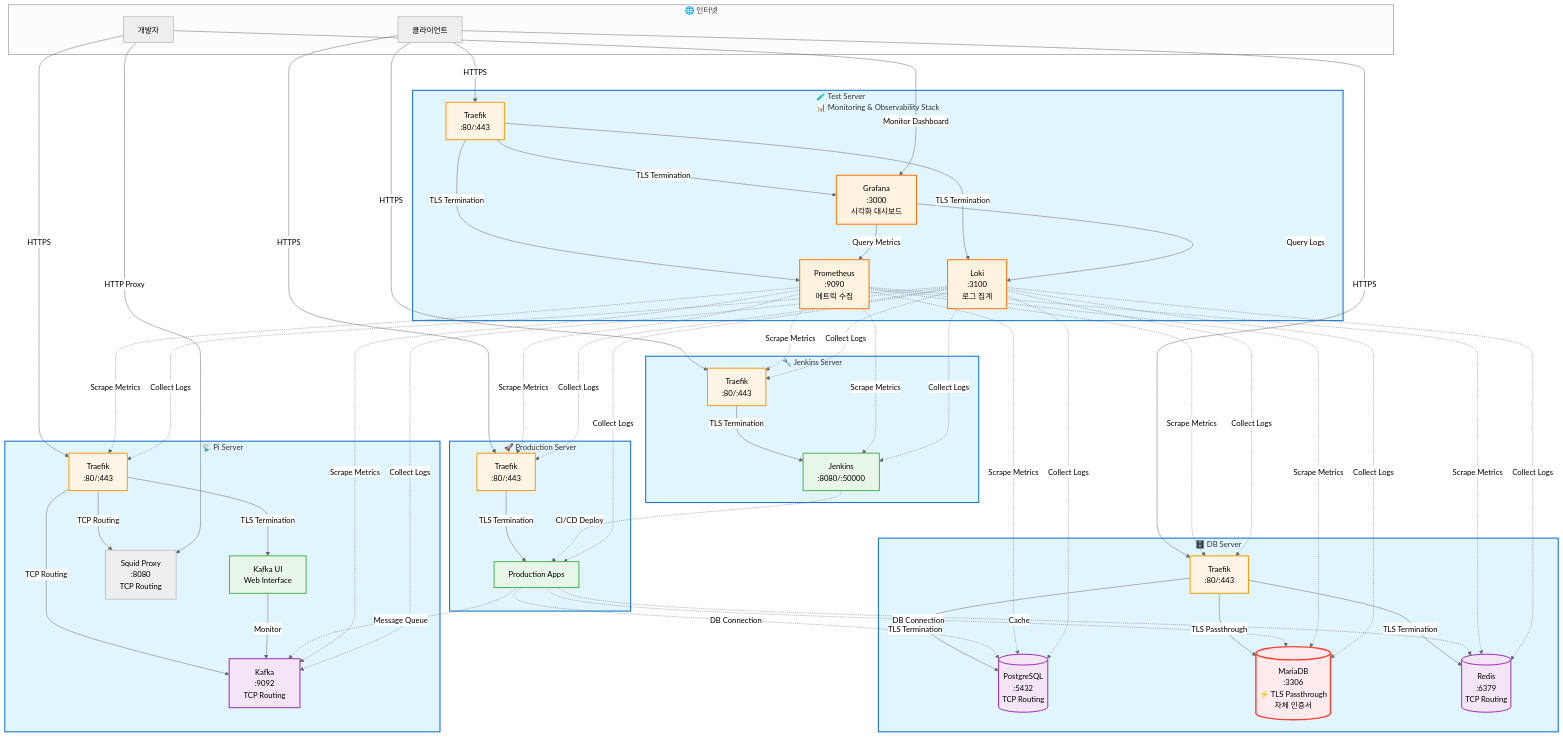
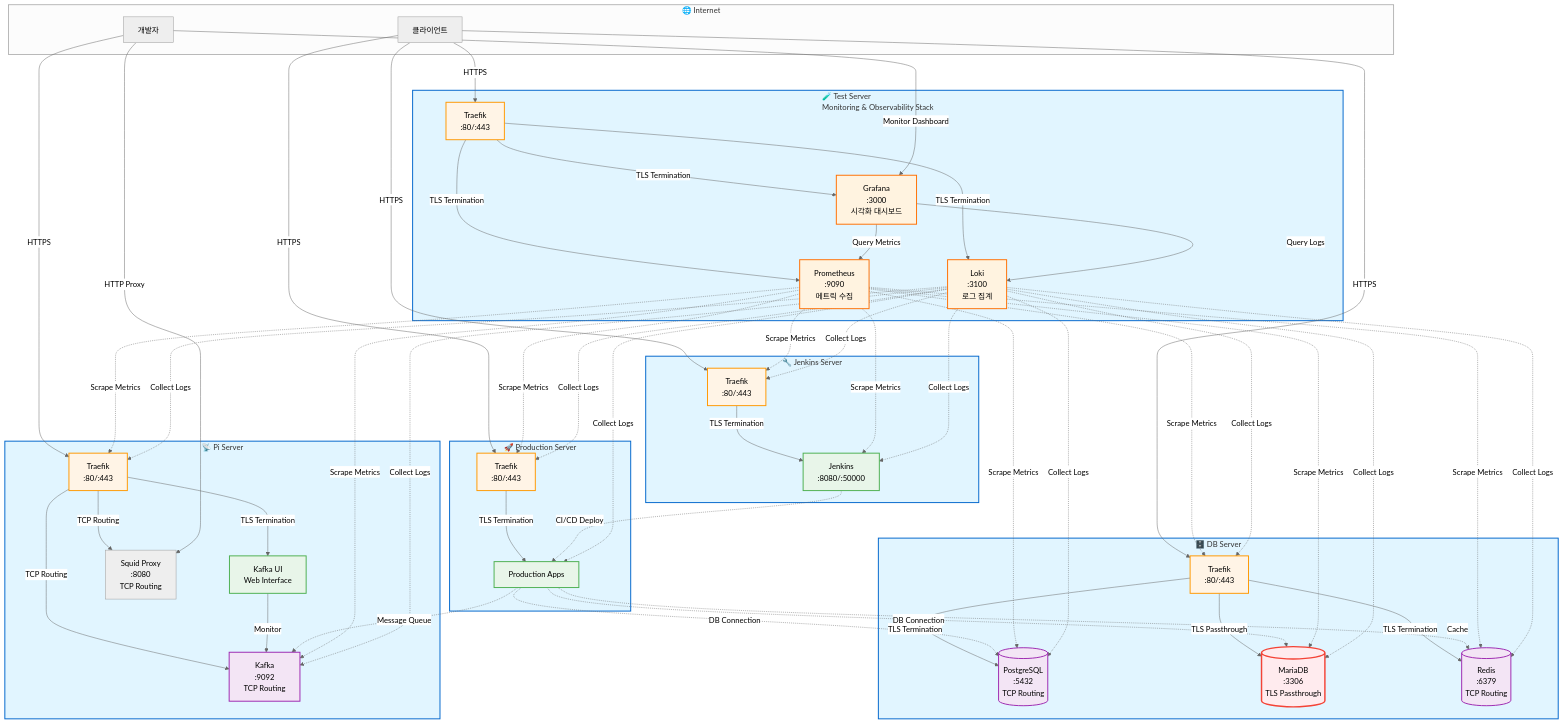
Before and after one commit to psyho-pw/infrastructure: the diagram in README.md, drawn with Mermaid (neutral theme). The commit also changed other lines of this file and 1 other file, not shown here.

````diff
--- a/README.md
+++ b/README.md
@@ -53,6 +53,6 @@
 ```mermaid
 graph TB
-    subgraph Internet["🌐 인터넷"]
+    subgraph Internet["🌐 Internet"]
         Client[클라이언트]
         DevClient[개발자]
     end
@@ -60,7 +60,7 @@
     subgraph DBServer["🗄️ DB Server"]
         DBTraefik[Traefik<br/>:80/:443]
         PostgreSQL[(PostgreSQL<br/>:5432<br/>TCP Routing)]
-        MariaDB[(MariaDB<br/>:3306<br/>⚡ TLS Passthrough<br/>자체 인증서)]
+        MariaDB[(MariaDB<br/>:3306<br/>TLS Passthrough<br/>)]
         Redis[(Redis<br/>:6379<br/>TCP Routing)]
         
         DBTraefik -->|TLS Termination| PostgreSQL
@@ -94,7 +94,7 @@
         ProdTraefik -->|TLS Termination| ProdApps
     end
 
-    subgraph TestServer["🧪 Test Server<br/>📊 Monitoring & Observability Stack"]
+    subgraph TestServer["🧪 Test Server<br/> Monitoring & Observability Stack"]
         TestTraefik[Traefik<br/>:80/:443]
         Prometheus[Prometheus<br/>:9090<br/>메트릭 수집]
         Loki[Loki<br/>:3100<br/>로그 집계]
````
